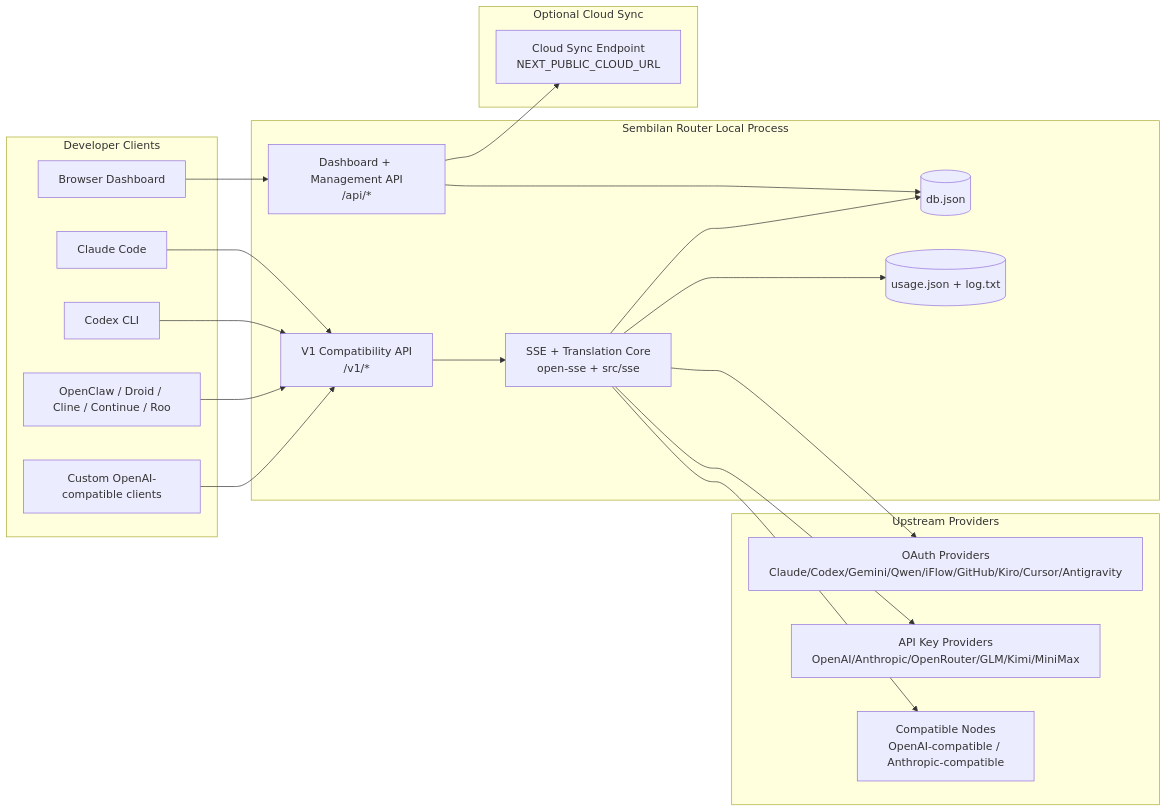
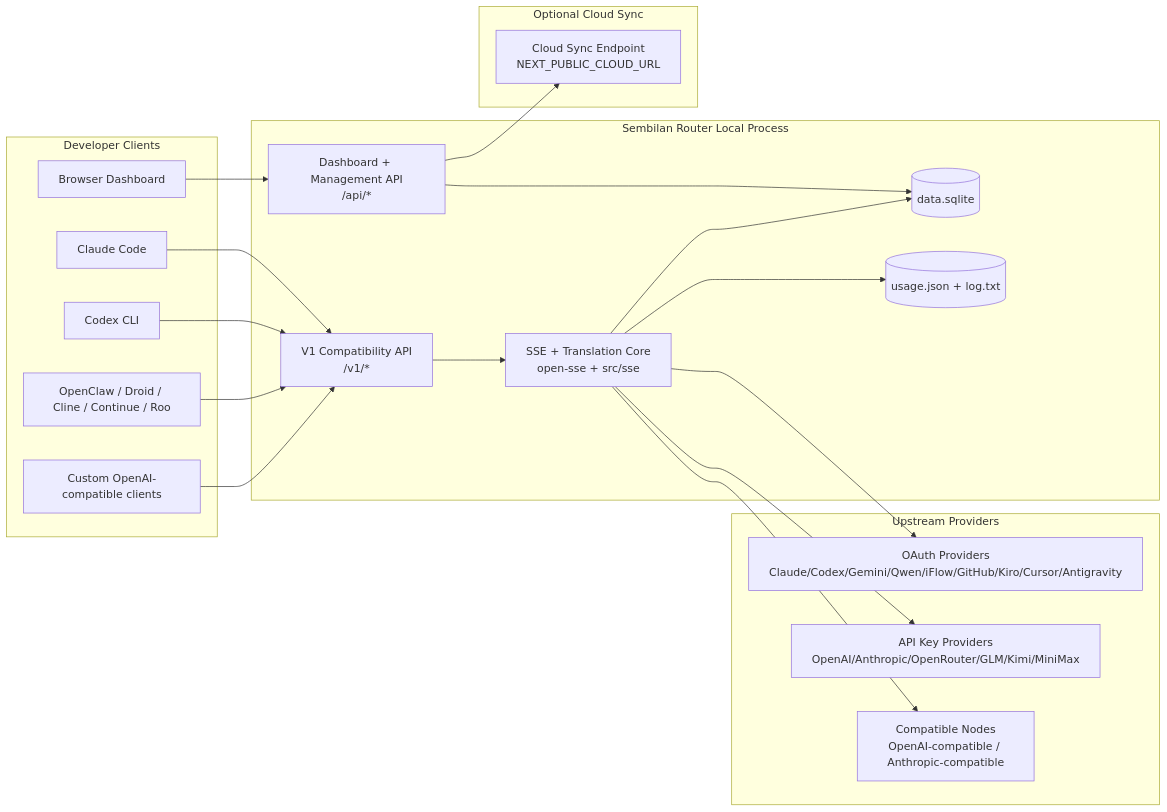
The first of 7 diagrams in docs/ARCHITECTURE.md (rcdevgames/sembilan-router), drawn with Mermaid before and after one commit. The commit also changed other lines of this file and 30 other files, not shown here.

````diff
--- a/docs/ARCHITECTURE.md
+++ b/docs/ARCHITECTURE.md
@@ -45,45 +45,45 @@
 ```mermaid
 flowchart LR
     subgraph Clients[Developer Clients]
         C1[Claude Code]
         C2[Codex CLI]
         C3[OpenClaw / Droid / Cline / Continue / Roo]
         C4[Custom OpenAI-compatible clients]
         BROWSER[Browser Dashboard]
     end
 
     subgraph Router[Sembilan Router Local Process]
         API[V1 Compatibility API\n/v1/*]
         DASH[Dashboard + Management API\n/api/*]
         CORE[SSE + Translation Core\nopen-sse + src/sse]
-        DB[(db.json)]
+        DB[(data.sqlite)]
         UDB[(usage.json + log.txt)]
     end
 
     subgraph Upstreams[Upstream Providers]
         P1[OAuth Providers\nClaude/Codex/Gemini/Qwen/iFlow/GitHub/Kiro/Cursor/Antigravity]
         P2[API Key Providers\nOpenAI/Anthropic/OpenRouter/GLM/Kimi/MiniMax]
         P3[Compatible Nodes\nOpenAI-compatible / Anthropic-compatible]
     end
 
     subgraph Cloud[Optional Cloud Sync]
         CLOUD[Cloud Sync Endpoint\nNEXT_PUBLIC_CLOUD_URL]
     end
 
     C1 --> API
     C2 --> API
     C3 --> API
     C4 --> API
     BROWSER --> DASH
 
     API --> CORE
     DASH --> DB
     CORE --> DB
     CORE --> UDB
 
     CORE --> P1
     CORE --> P2
     CORE --> P3
 
     DASH --> CLOUD
 ```
````
